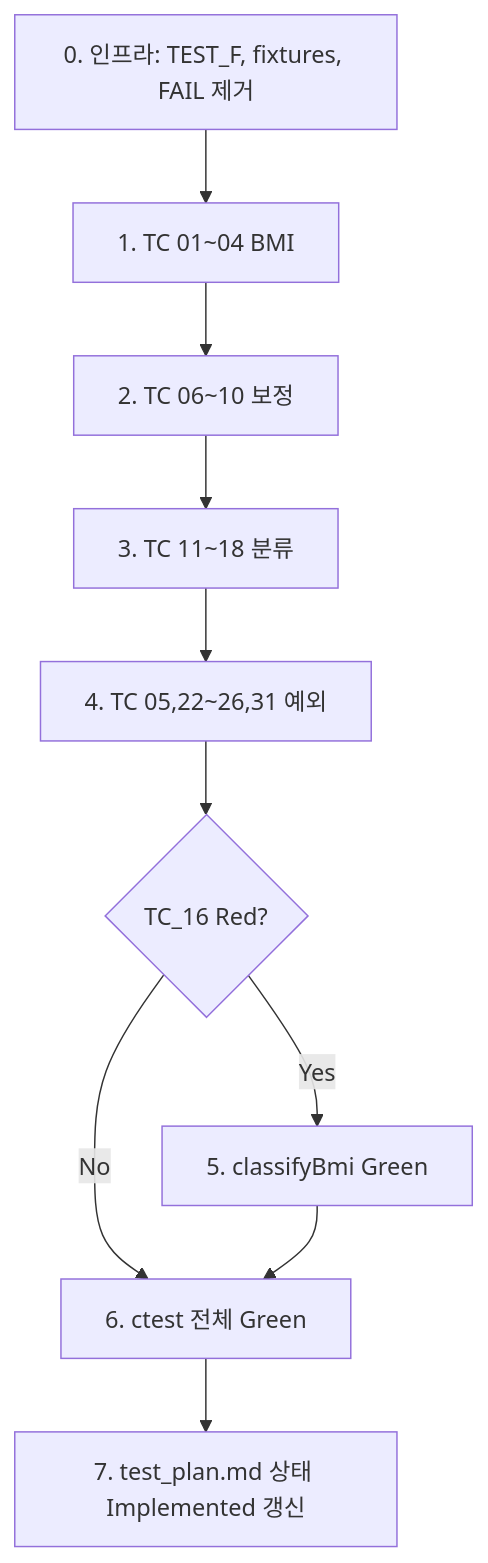
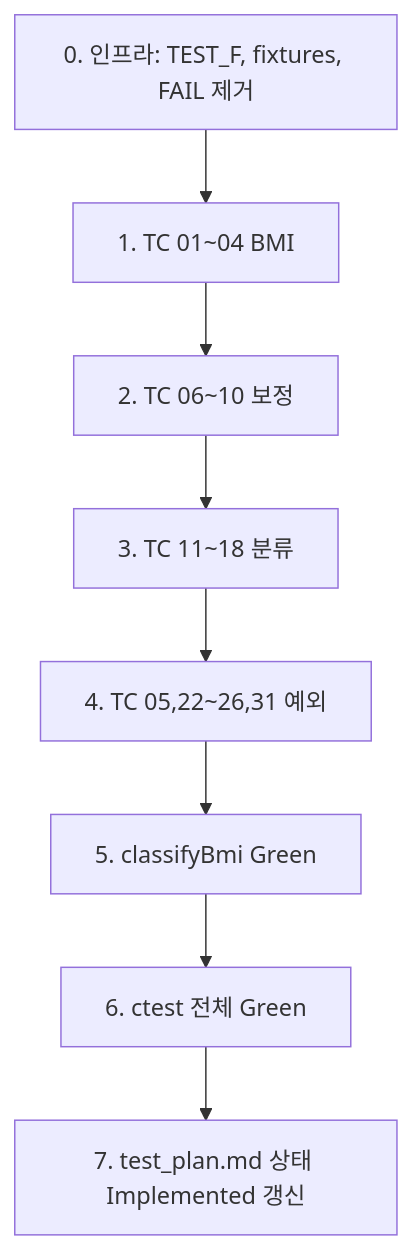
One commit to wanedu88/shealth_bmi_Cpp_11 changed the diagram in docs/test_plan.md. Above: the diagram before and after it, drawn with Mermaid. The commit also changed other lines of this file and 7 other files, not shown here.

First line of the commit message:
fix: DEF-001 Green — classifyBmi >=, tc16 72.25, ctest 26/26

````diff
--- a/docs/test_plan.md
+++ b/docs/test_plan.md
@@ -395,12 +388,10 @@
 ```mermaid
 flowchart TD
     A[0. 인프라: TEST_F, fixtures, FAIL 제거] --> B[1. TC 01~04 BMI]
     B --> C[2. TC 06~10 보정]
     C --> D[3. TC 11~18 분류]
     D --> E[4. TC 05,22~26,31 예외]
-    E --> F{TC_16 Red?}
-    F -->|Yes| G[5. classifyBmi Green]
-    F -->|No| H[6. ctest 전체 Green]
-    G --> H
+    E --> G[5. classifyBmi Green]
+    G --> H[6. ctest 전체 Green]
     H --> I[7. test_plan.md 상태 Implemented 갱신]
 ```
````
